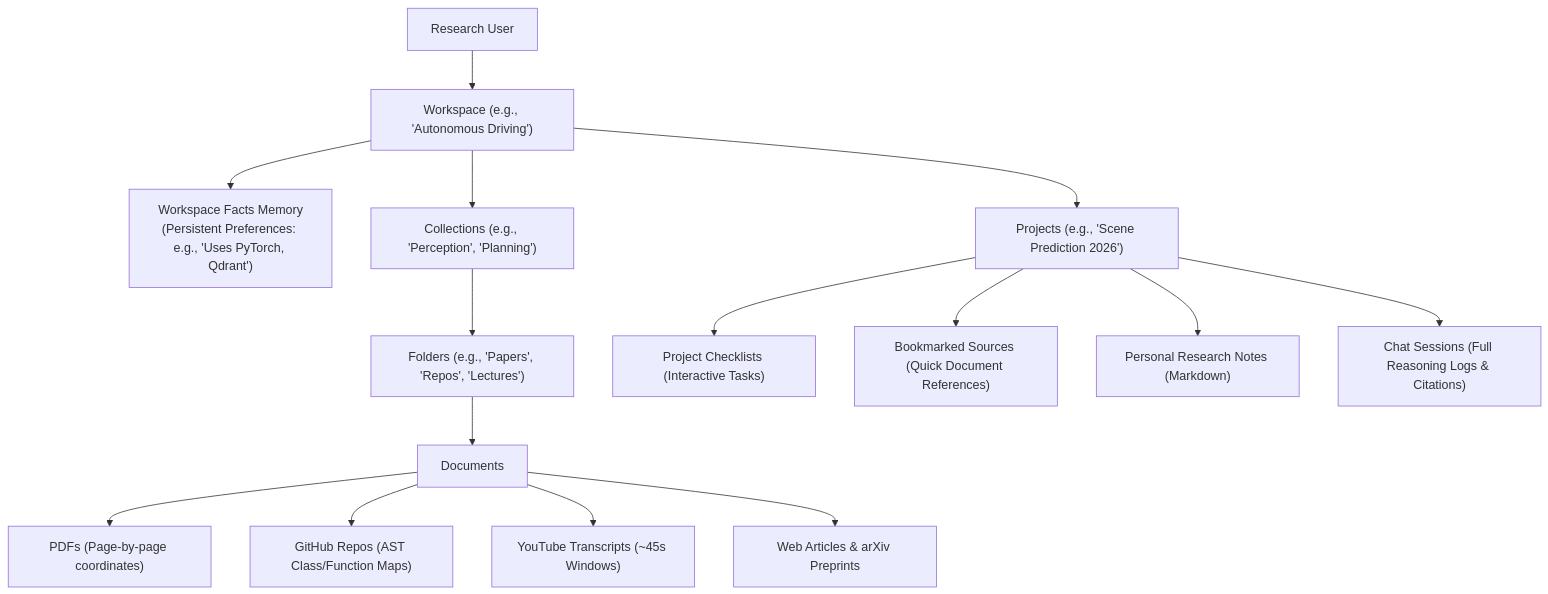
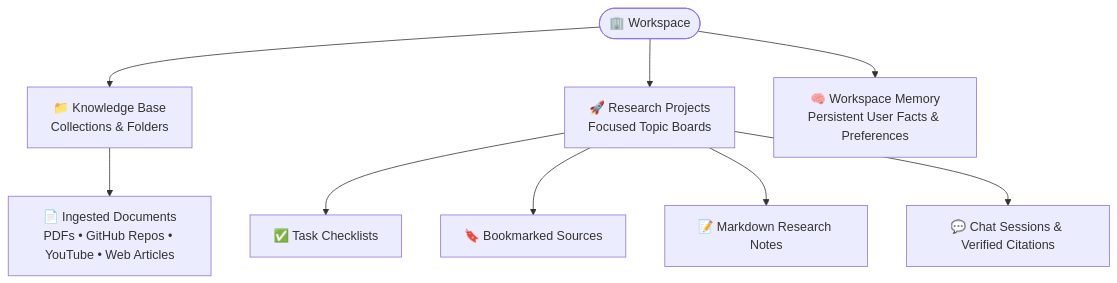
Before and after one commit to Mubeennaa12/ResearchHub: the third of 3 diagrams in README.md, drawn with Mermaid. The commit also changed other lines of this file, not shown here.

Commit message:
updated the system architecture diagram

````diff
--- a/README.md
+++ b/README.md
@@ -203,23 +113,13 @@
 ```mermaid
-graph TD
-    User["Research User"] --> WS["Workspace (e.g., 'Autonomous Driving')"]
-    
-    %% Workspace Core Branches
-    WS --> Memory["Workspace Facts Memory<br/>(Persistent Preferences: e.g., 'Uses PyTorch, Qdrant')"]
-    WS --> Collections["Collections (e.g., 'Perception', 'Planning')"]
-    WS --> Projects["Projects (e.g., 'Scene Prediction 2026')"]
+flowchart TD
+    User([🏢 Workspace]) --> Docs["📁 Knowledge Base<br/>Collections & Folders"]
+    User --> Proj["🚀 Research Projects<br/>Focused Topic Boards"]
+    User --> Mem["🧠 Workspace Memory<br/>Persistent User Facts & Preferences"]
 
-    %% Collection Structure
-    Collections --> Folders["Folders (e.g., 'Papers', 'Repos', 'Lectures')"]
-    Folders --> Docs["Documents"]
-    Docs --> Doc1["PDFs (Page-by-page coordinates)"]
-    Docs --> Doc2["GitHub Repos (AST Class/Function Maps)"]
-    Docs --> Doc3["YouTube Transcripts (~45s Windows)"]
-    Docs --> Doc4["Web Articles & arXiv Preprints"]
+    Docs --> Items["📄 Ingested Documents<br/>PDFs • GitHub Repos • YouTube • Web Articles"]
 
-    %% Project Structure
-    Projects --> Checklists["Project Checklists (Interactive Tasks)"]
-    Projects --> Bookmarks["Bookmarked Sources (Quick Document References)"]
-    Projects --> Notes["Personal Research Notes (Markdown)"]
-    Projects --> Chats["Chat Sessions (Full Reasoning Logs & Citations)"]
+    Proj --> T1["✅ Task Checklists"]
+    Proj --> T2["🔖 Bookmarked Sources"]
+    Proj --> T3["📝 Markdown Research Notes"]
+    Proj --> T4["💬 Chat Sessions & Verified Citations"]
 ```
````
